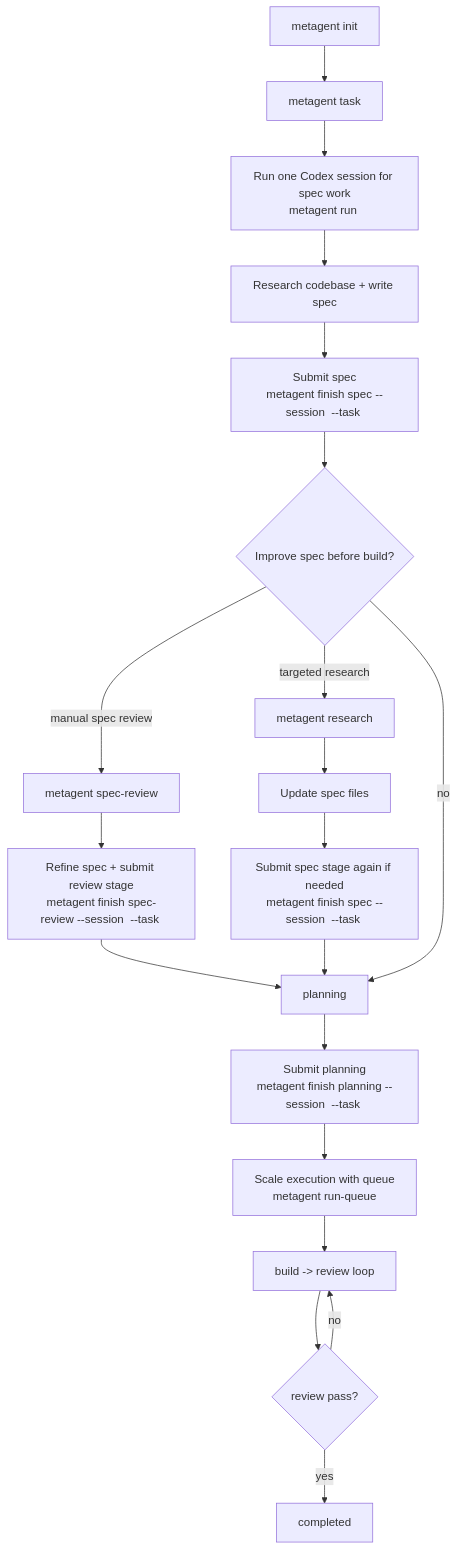
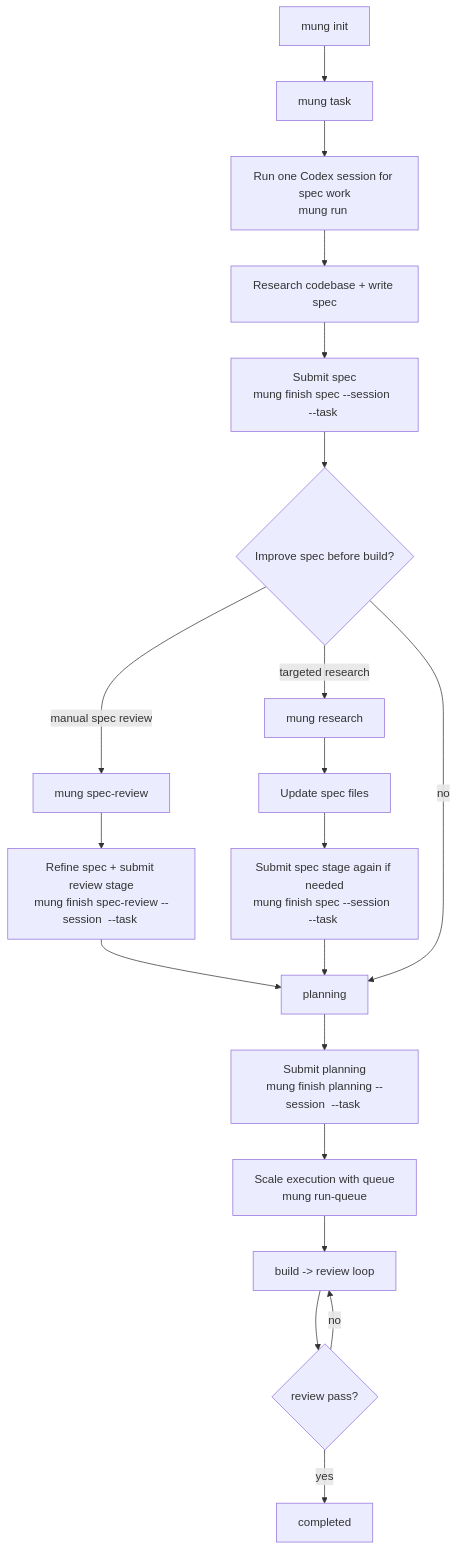
The diagram in README.md (iskng/metagent), drawn with Mermaid before and after one commit. The commit also changed other lines of this file and 32 other files, not shown here.

````diff
--- a/README.md
+++ b/README.md
@@ -115,25 +115,25 @@
 ```mermaid
 flowchart TD
-    A[metagent init] --> B[metagent task <task>]
-    B --> C[Run one Codex session for spec work<br/>metagent run <task>]
+    A[mung init] --> B[mung task <task>]
+    B --> C[Run one Codex session for spec work<br/>mung run <task>]
     C --> D[Research codebase + write spec]
-    D --> E[Submit spec<br/>metagent finish spec --session <id> --task <task>]
+    D --> E[Submit spec<br/>mung finish spec --session <id> --task <task>]
 
     E --> F{Improve spec before build?}
-    F -->|manual spec review| G[metagent spec-review <task>]
-    F -->|targeted research| H[metagent research <task> <focus>]
+    F -->|manual spec review| G[mung spec-review <task>]
+    F -->|targeted research| H[mung research <task> <focus>]
 
-    G --> I[Refine spec + submit review stage<br/>metagent finish spec-review --session <id> --task <task>]
+    G --> I[Refine spec + submit review stage<br/>mung finish spec-review --session <id> --task <task>]
     H --> J[Update spec files]
-    J --> K[Submit spec stage again if needed<br/>metagent finish spec --session <id> --task <task>]
+    J --> K[Submit spec stage again if needed<br/>mung finish spec --session <id> --task <task>]
     I --> L[planning]
     K --> L
     F -->|no| L
 
-    L --> M[Submit planning<br/>metagent finish planning --session <id> --task <task>]
-    M --> N[Scale execution with queue<br/>metagent run-queue]
+    L --> M[Submit planning<br/>mung finish planning --session <id> --task <task>]
+    M --> N[Scale execution with queue<br/>mung run-queue]
     N --> O[build -> review loop]
     O --> P{review pass?}
     P -->|no| O
     P -->|yes| Q[completed]
 ```
````
